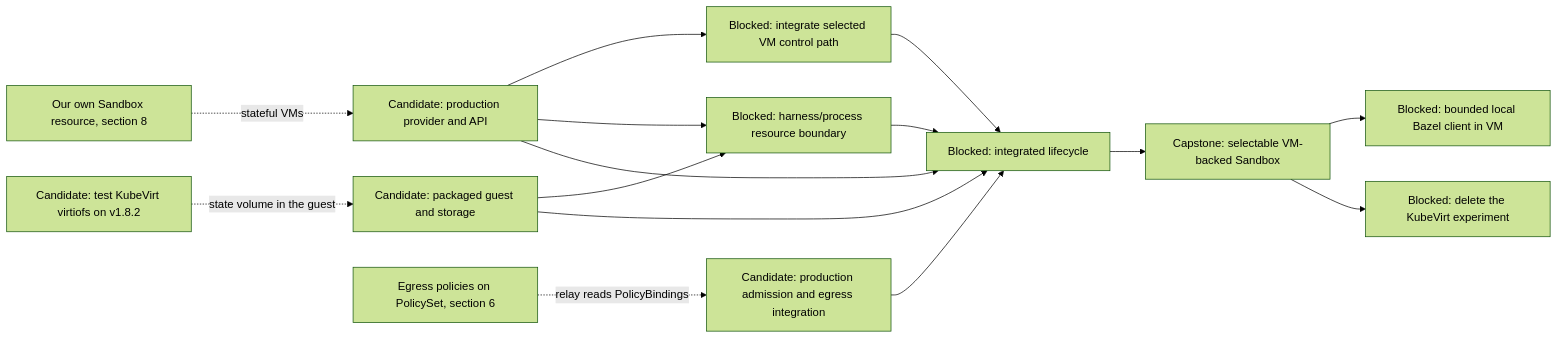
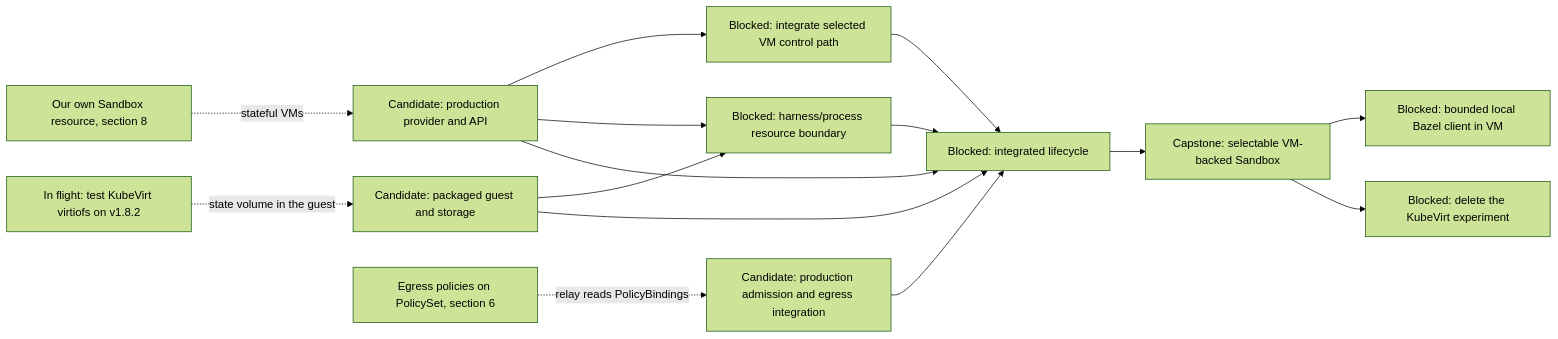
One commit to agentydragon-agent/ducktape changed the sixth of 14 diagrams in agentplane/plans/task_dag.md. Above: the diagram before and after it, drawn with Mermaid (forest theme). The commit also changed other lines of this file and 2 other files, not shown here.

````diff
--- a/agentplane/plans/task_dag.md
+++ b/agentplane/plans/task_dag.md
@@ -335,26 +335,26 @@
 ```mermaid
 flowchart LR
     VM_CONTROL_NETWORKING[Blocked: integrate selected VM control path]
     VM_IMAGE[Candidate: packaged guest and storage]
     VM_PROVIDER[Candidate: production provider and API]
-    VM_VIRTIOFS[Candidate: test KubeVirt virtiofs on v1.8.2]
+    VM_VIRTIOFS[In flight: test KubeVirt virtiofs on v1.8.2]
     AGENTPLANE_SANDBOX_RESOURCE[Our own Sandbox resource, section 8]
     VM_EGRESS[Candidate: production admission and egress integration]
     EGRESS_POLICY_MIGRATE[Egress policies on PolicySet, section 6]
     EGRESS_POLICY_MIGRATE -. relay reads PolicyBindings .-> VM_EGRESS
     VM_PROCESS_ISOLATION[Blocked: harness/process resource boundary]
     VM_LIFECYCLE[Blocked: integrated lifecycle]
     VM_PROVIDER --> VM_CONTROL_NETWORKING
     AGENTPLANE_SANDBOX_RESOURCE -. stateful VMs .-> VM_PROVIDER
     VM_VIRTIOFS -. state volume in the guest .-> VM_IMAGE
     VM_CONTROL_NETWORKING --> VM_LIFECYCLE
     VM_IMAGE --> VM_PROCESS_ISOLATION
     VM_PROVIDER --> VM_PROCESS_ISOLATION
     VM_IMAGE --> VM_LIFECYCLE
     VM_PROVIDER --> VM_LIFECYCLE
     VM_EGRESS --> VM_LIFECYCLE
     VM_PROCESS_ISOLATION --> VM_LIFECYCLE
     VM_LIFECYCLE --> SANDBOX_VM_ISOLATION[Capstone: selectable VM-backed Sandbox]
     SANDBOX_VM_ISOLATION --> LOCAL_BAZEL[Blocked: bounded local Bazel client in VM]
     SANDBOX_VM_ISOLATION --> KUBEVIRT_EXPERIMENT_RETIRE[Blocked: delete the KubeVirt experiment]
 ```
````
